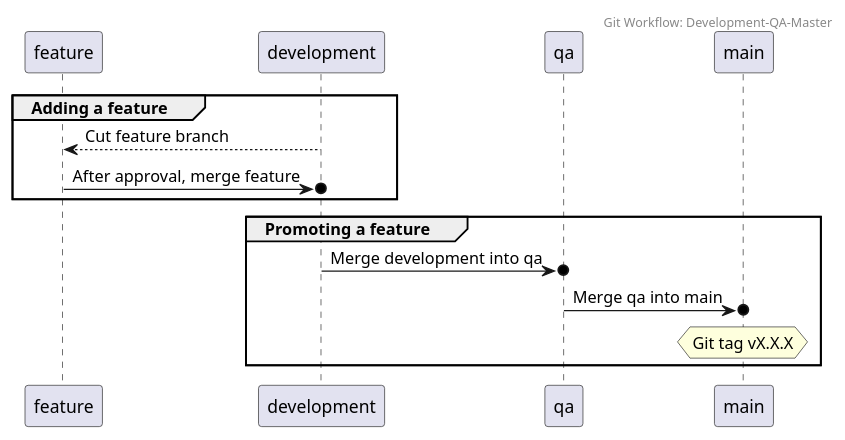
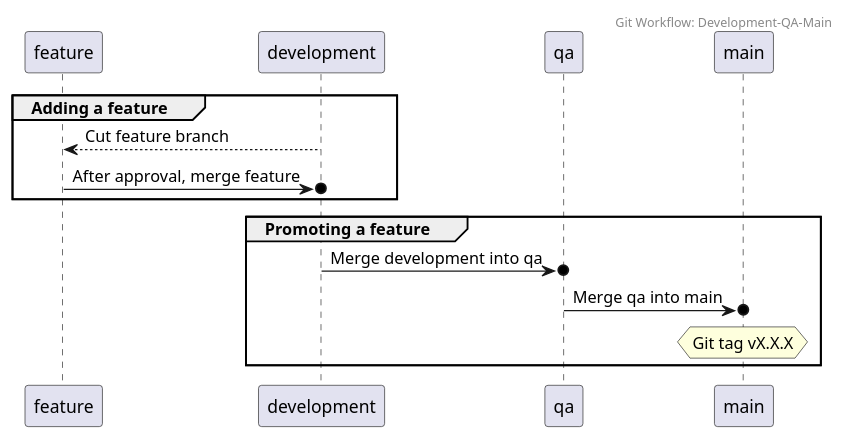
One commit to NYPL/engineering-general changed the diagram in standards/assets/git-workflow-development-qa-main.plantuml. Above: the diagram before and after it, drawn with PlantUML. The commit also changed 9 other files, not shown here.

```diff
--- a/standards/assets/git-workflow-development-qa-main.plantuml
+++ b/standards/assets/git-workflow-development-qa-main.plantuml
@@ -1,20 +1,20 @@
 @startuml
 
-Header Git Workflow: Development-QA-Master
+Header Git Workflow: Development-QA-Main
 
 group Adding a feature
 
   feature <-- development: Cut feature branch
   feature ->o development: After approval, merge feature
    
 end
 
 group Promoting a feature
 
   development ->o qa: Merge development into qa
   qa ->o main: Merge qa into main
   hnote over main: Git tag vX.X.X
 
 end
 
 @enduml
```
